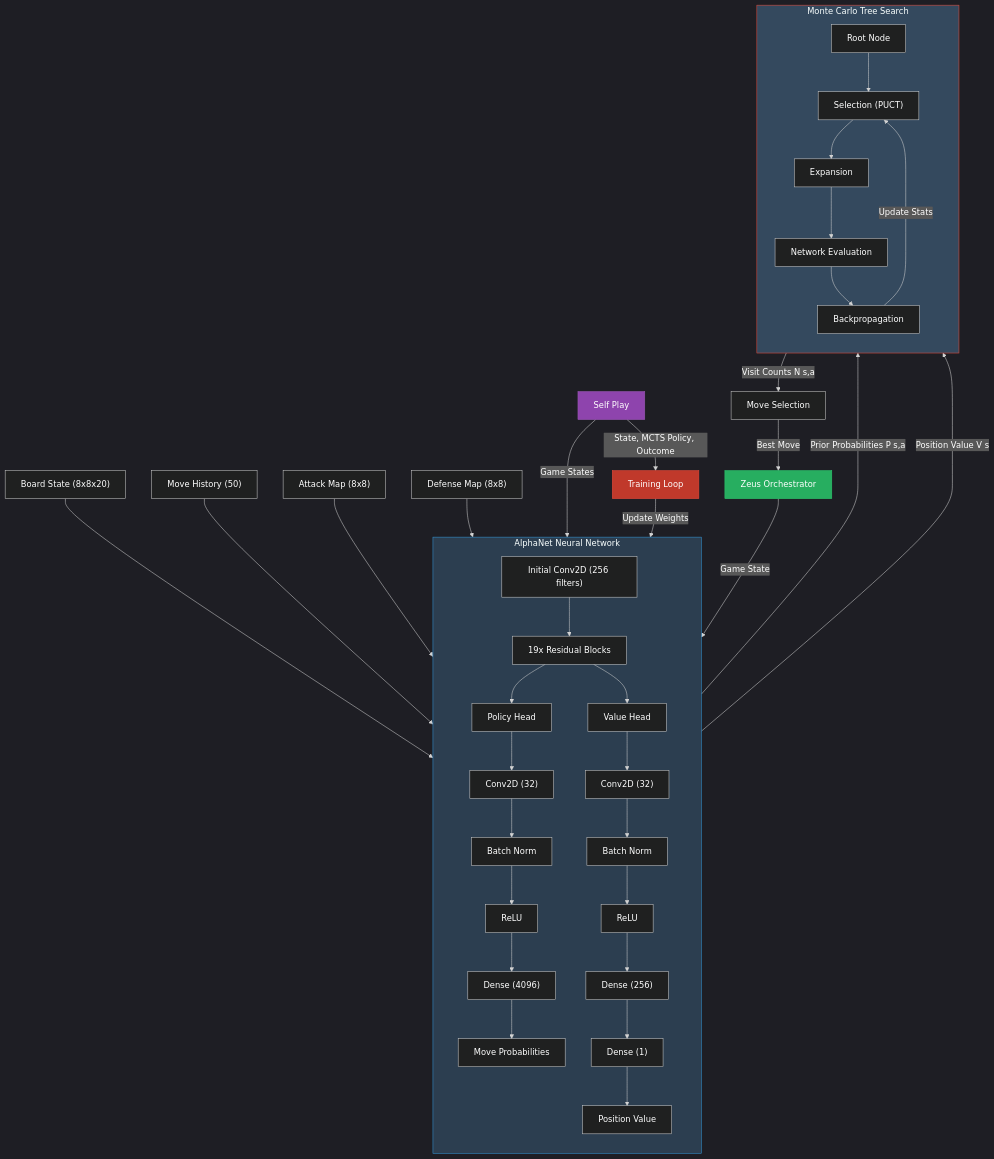
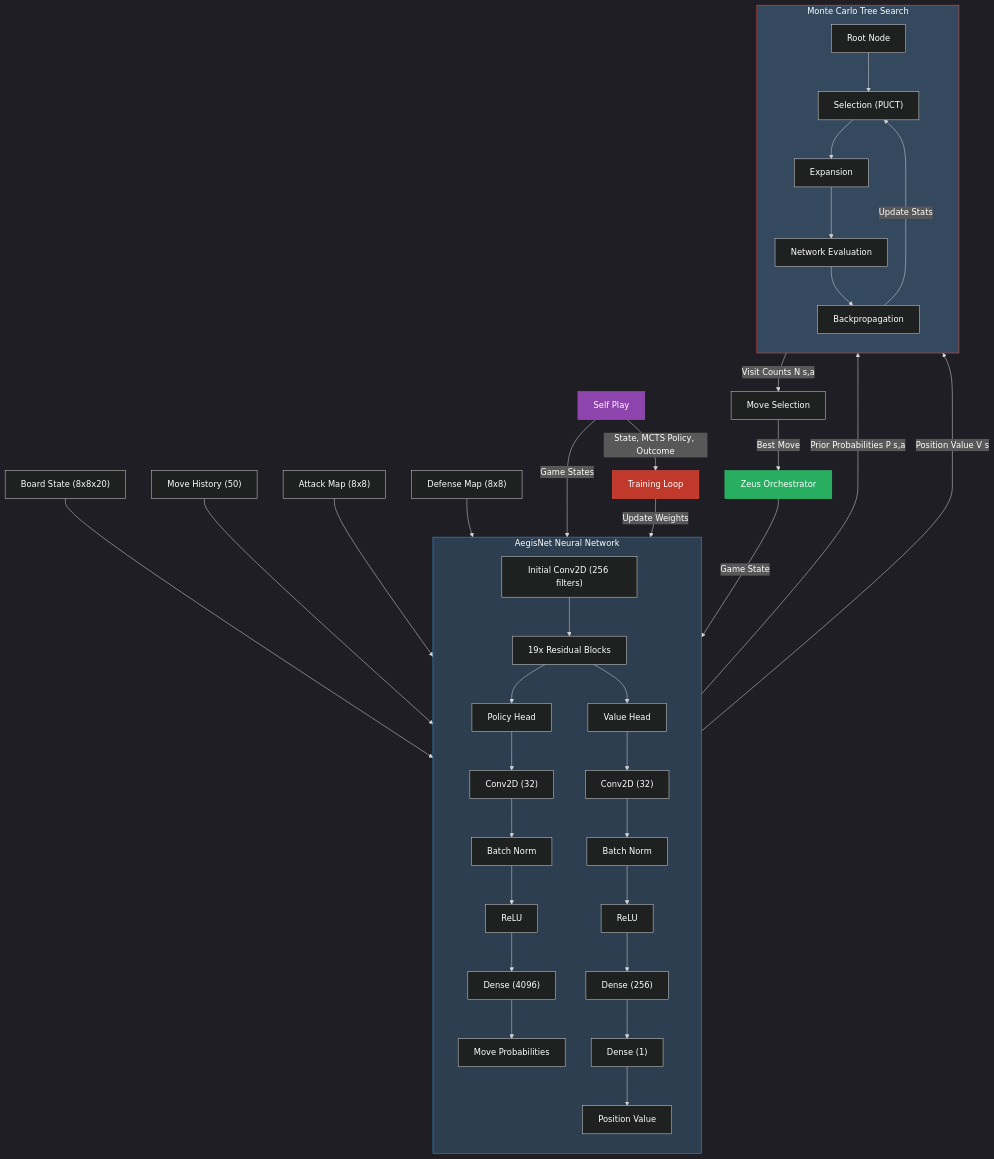
The diagram in modules/athena/src/athena_proposed_arch.mmd (neavepaul/Kronos), drawn with Mermaid before and after one commit. The commit also changed 10 other files, not shown here.

```diff
--- a/modules/athena/src/athena_proposed_arch.mmd
+++ b/modules/athena/src/athena_proposed_arch.mmd
@@ -1,60 +1,60 @@
 %%{init: {'theme': 'dark', 'themeVariables': { 'textColor': '#FFF' }}}%%
 graph TD
     %% Inputs
     FEN["Board State (8x8x20)"] --> Network
     History["Move History (50)"] --> Network
     AttackMap["Attack Map (8x8)"] --> Network
     DefenseMap["Defense Map (8x8)"] --> Network
 
     %% Neural Network Architecture
-    subgraph Network[AlphaNet Neural Network]
+    subgraph Network[AegisNet Neural Network]
         direction TB
         Conv["Initial Conv2D (256 filters)"] --> ResBlocks
         ResBlocks["19x Residual Blocks"] --> PolicyHead
         ResBlocks --> ValueHead
 
         %% Policy Head
         PolicyHead["Policy Head"] --> PolicyConv["Conv2D (32)"]
         PolicyConv --> PolicyBN["Batch Norm"]
         PolicyBN --> PolicyReLU["ReLU"]
         PolicyReLU --> PolicyDense["Dense (4096)"]
         PolicyDense --> PolicyOut["Move Probabilities"]
 
         %% Value Head
         ValueHead["Value Head"] --> ValueConv["Conv2D (32)"]
         ValueConv --> ValueBN["Batch Norm"]
         ValueBN --> ValueReLU["ReLU"]
         ValueReLU --> ValueDense1["Dense (256)"]
         ValueDense1 --> ValueDense2["Dense (1)"]
         ValueDense2 --> ValueOut["Position Value"]
     end
 
     %% MCTS Search
     subgraph MCTS[Monte Carlo Tree Search]
         direction TB
         Root["Root Node"] --> Selection["Selection (PUCT)"]
         Selection --> Expansion["Expansion"]
         Expansion --> Simulation["Network Evaluation"]
         Simulation --> Backprop["Backpropagation"]
         Backprop -->|Update Stats| Selection
     end
 
     %% Network-MCTS Interaction
     PolicyOut -->|Prior Probabilities P s,a| MCTS
     ValueOut -->|Position Value V s| MCTS
     MCTS -->|Visit Counts N s,a| MoveSel[Move Selection]
 
     %% Training Flow
     SelfPlay["Self Play"] -->|Game States| Network
     SelfPlay -->|State, MCTS Policy, Outcome| Training["Training Loop"]
     Training -->|Update Weights| Network
 
     %% System Integration
     Zeus[Zeus Orchestrator] -->|Game State| Network
     MoveSel -->|Best Move| Zeus
     
     style Network fill:#2c3e50,stroke:#3498db
     style MCTS fill:#34495e,stroke:#e74c3c
     style Zeus fill:#27ae60,stroke:#2ecc71
     style SelfPlay fill:#8e44ad,stroke:#9b59b6
     style Training fill:#c0392b,stroke:#e74c3c
```
